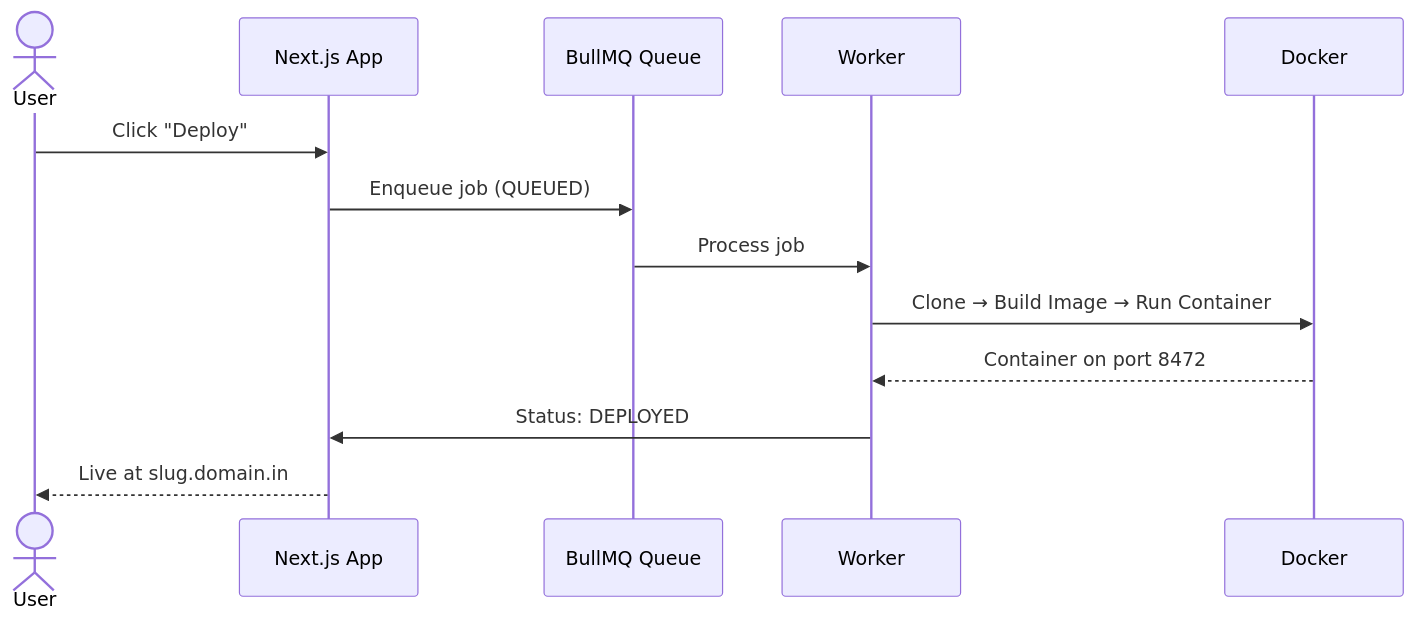
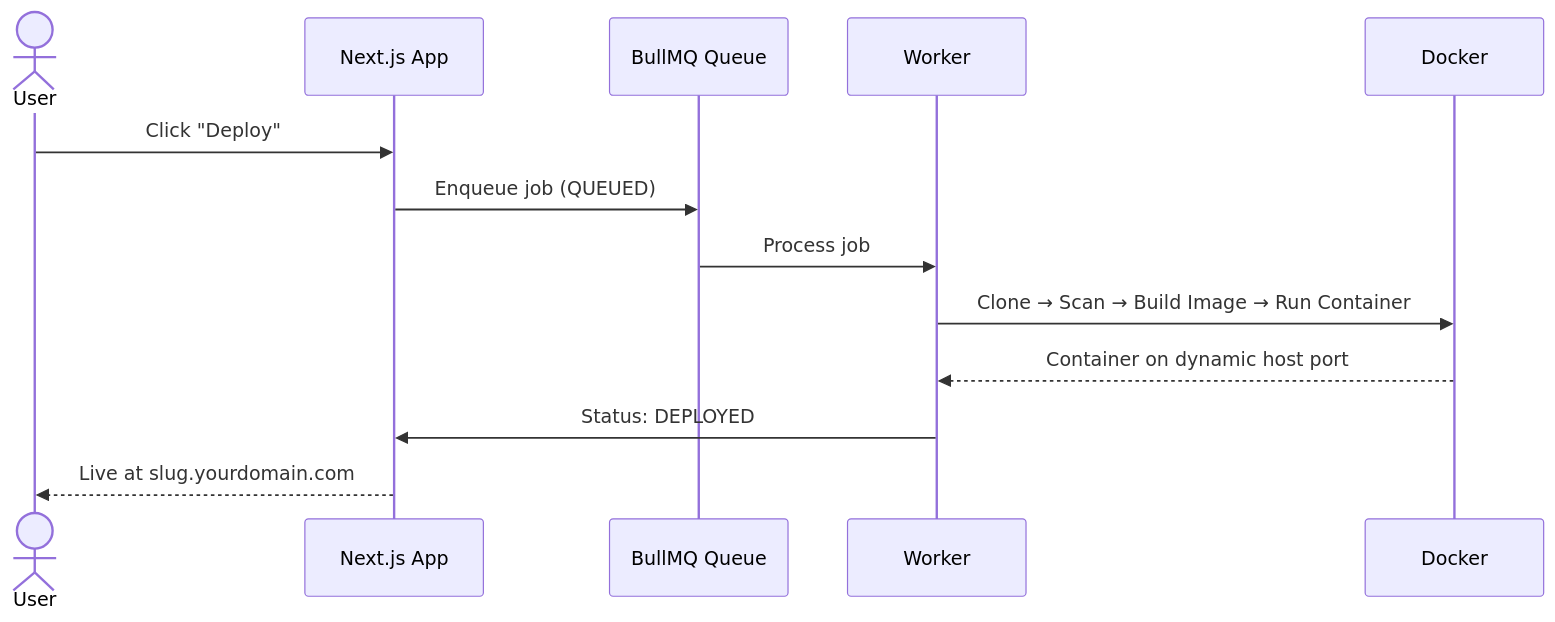
One commit to kpndevrootentri/dropdeploy changed the second of 2 diagrams in README.md. Above: the diagram before and after it, drawn with Mermaid. The commit also changed other lines of this file and 23 other files, not shown here.

````diff
--- a/README.md
+++ b/README.md
@@ -111,16 +134,16 @@
 ```mermaid
 sequenceDiagram
     actor U as User
     participant App as Next.js App
     participant Q as BullMQ Queue
     participant W as Worker
     participant D as Docker
 
     U->>App: Click "Deploy"
     App->>Q: Enqueue job (QUEUED)
     Q->>W: Process job
-    W->>D: Clone → Build Image → Run Container
-    D-->>W: Container on port 8472
+    W->>D: Clone → Scan → Build Image → Run Container
+    D-->>W: Container on dynamic host port
     W->>App: Status: DEPLOYED
-    App-->>U: Live at slug.domain.in
+    App-->>U: Live at slug.yourdomain.com
 ```
````
